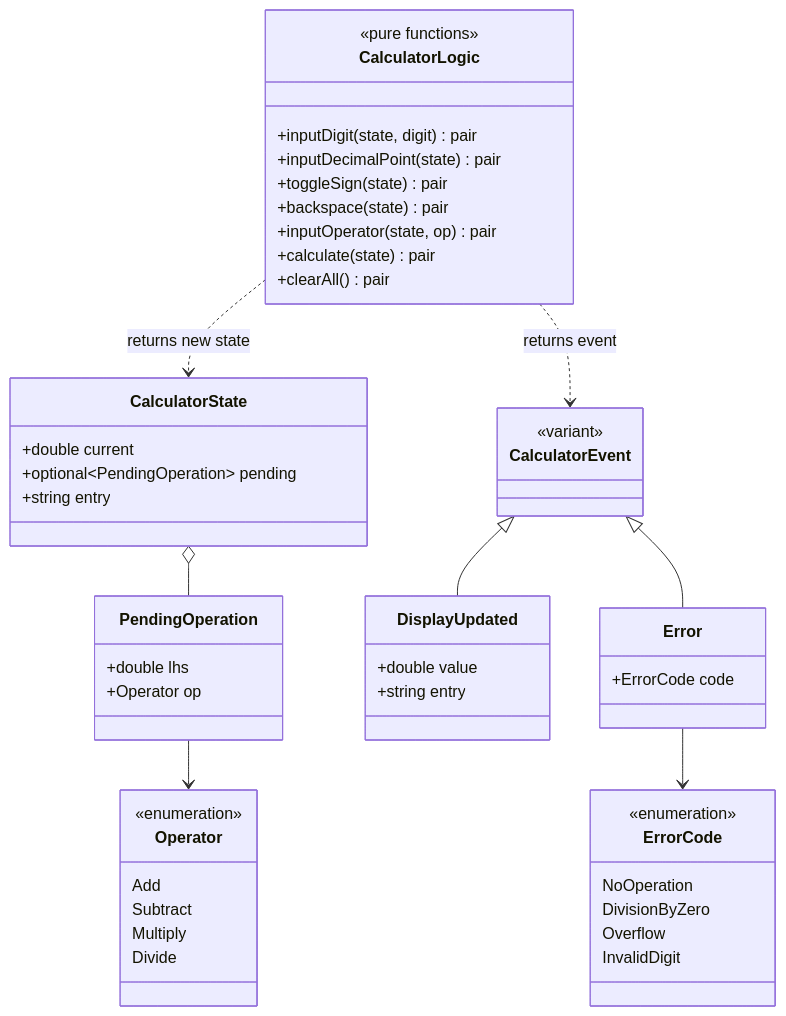
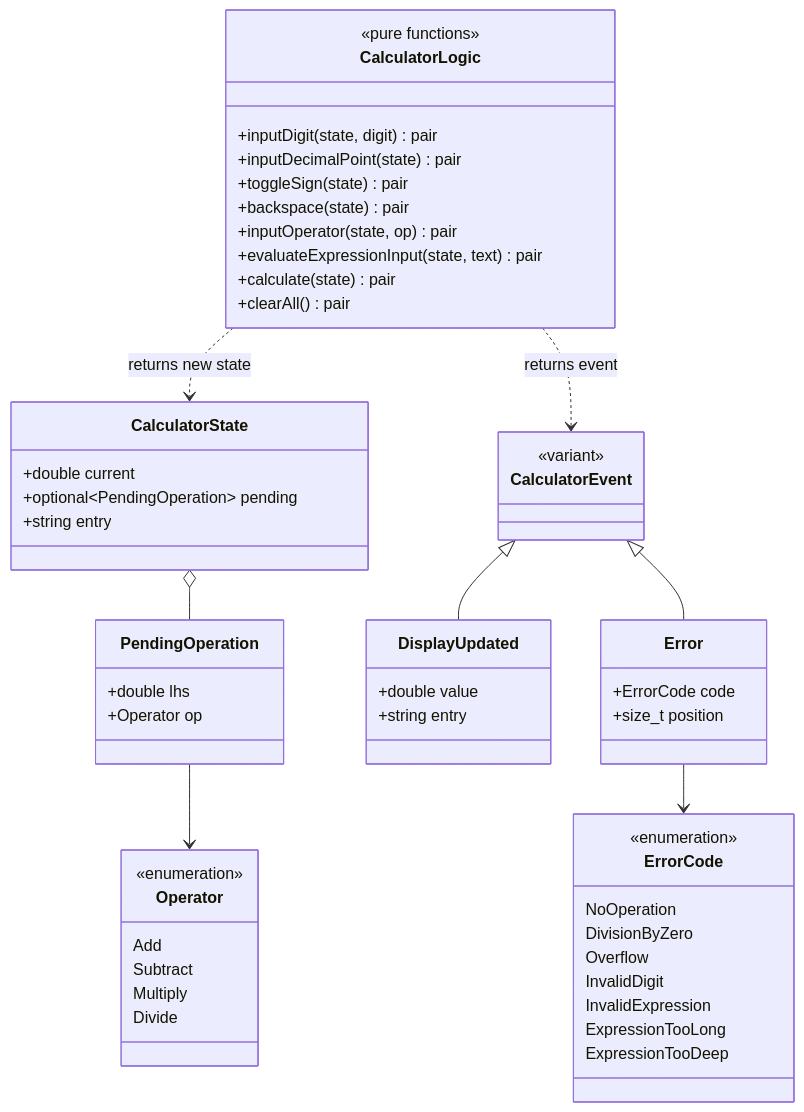
Before and after one commit to KoichiKurita/CPPlang-Calculator: the second of 3 diagrams in README.md, drawn with Mermaid. The commit also changed other lines of this file and 27 other files, not shown here.

````diff
--- a/README.md
+++ b/README.md
@@ -133,53 +173,58 @@
 ```mermaid
 classDiagram
     class CalculatorState {
         +double current
         +optional~PendingOperation~ pending
         +string entry
     }
     class PendingOperation {
         +double lhs
         +Operator op
     }
     class Operator {
         <<enumeration>>
         Add
         Subtract
         Multiply
         Divide
     }
     class ErrorCode {
         <<enumeration>>
         NoOperation
         DivisionByZero
         Overflow
         InvalidDigit
+        InvalidExpression
+        ExpressionTooLong
+        ExpressionTooDeep
     }
     class CalculatorEvent {
         <<variant>>
     }
     class DisplayUpdated {
         +double value
         +string entry
     }
     class Error {
         +ErrorCode code
+        +size_t position
     }
     class CalculatorLogic {
         <<pure functions>>
         +inputDigit(state, digit) pair
         +inputDecimalPoint(state) pair
         +toggleSign(state) pair
         +backspace(state) pair
         +inputOperator(state, op) pair
+        +evaluateExpressionInput(state, text) pair
         +calculate(state) pair
         +clearAll() pair
     }
     CalculatorEvent <|-- DisplayUpdated
     CalculatorEvent <|-- Error
     CalculatorState o-- PendingOperation
     PendingOperation --> Operator
     Error --> ErrorCode
     CalculatorLogic ..> CalculatorState : returns new state
     CalculatorLogic ..> CalculatorEvent : returns event
 ```
````
